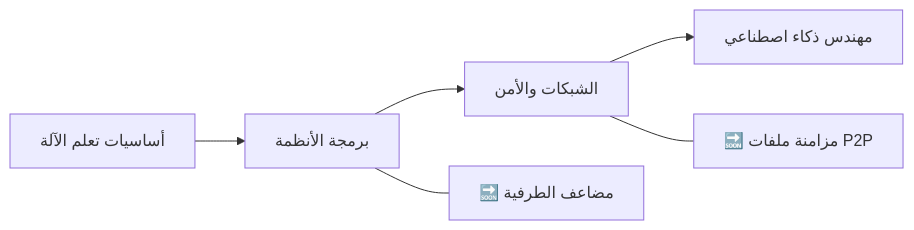
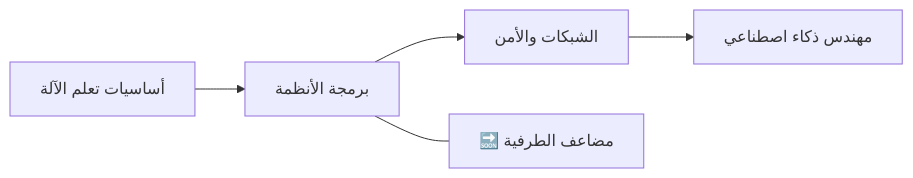
Before and after one commit to zuroking/zuroking: the diagram in README_ar.md, drawn with Mermaid. The commit also changed other lines of this file, not shown here.

````diff
--- a/README_ar.md
+++ b/README_ar.md
@@ -101,9 +102,8 @@
 ```mermaid
 flowchart LR
     A[أساسيات تعلم الآلة] --> B[برمجة الأنظمة]
     B --> C[الشبكات والأمن]
     C --> D[مهندس ذكاء اصطناعي]
 
     B --- B1[🔜 مضاعف الطرفية]
-    C --- C2[🔜 مزامنة ملفات P2P]
 ```
````
